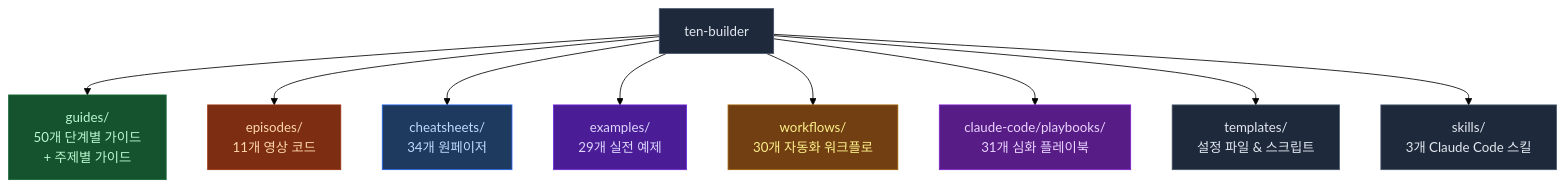
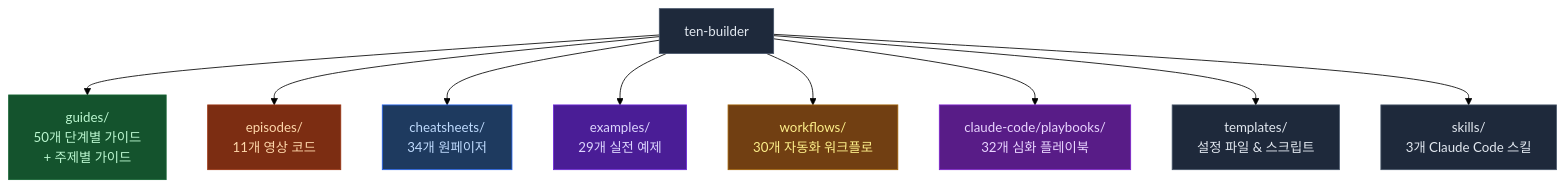
The first of 2 diagrams in README.md (ten-builder/ten-builder), drawn with Mermaid (forest theme) before and after one commit. The commit also changed other lines of this file, not shown here.

Commit message:
docs: README sync -- add playbook 38 cost optimization

````diff
--- a/README.md
+++ b/README.md
@@ -23,21 +23,21 @@
 ```mermaid
 flowchart TD
     R["ten-builder"] --> G["guides/\n50개 단계별 가이드\n+ 주제별 가이드"]
     R --> E["episodes/\n11개 영상 코드"]
     R --> C["cheatsheets/\n34개 원페이저"]
     R --> EX["examples/\n29개 실전 예제"]
     R --> W["workflows/\n30개 자동화 워크플로"]
-    R --> P["claude-code/playbooks/\n31개 심화 플레이북"]
+    R --> P["claude-code/playbooks/\n32개 심화 플레이북"]
     R --> T["templates/\n설정 파일 & 스크립트"]
     R --> S["skills/\n3개 Claude Code 스킬"]
 
     style R fill:#1e293b,stroke:#475569,color:#e2e8f0
     style G fill:#14532d,stroke:#166534,color:#bbf7d0
     style E fill:#7c2d12,stroke:#9a3412,color:#fed7aa
     style C fill:#1e3a5f,stroke:#2563eb,color:#bfdbfe
     style EX fill:#4a1d96,stroke:#6d28d9,color:#ddd6fe
     style W fill:#713f12,stroke:#a16207,color:#fef08a
     style P fill:#581c87,stroke:#7e22ce,color:#e9d5ff
     style T fill:#1e293b,stroke:#475569,color:#e2e8f0
     style S fill:#1e293b,stroke:#475569,color:#e2e8f0
 ```
````
